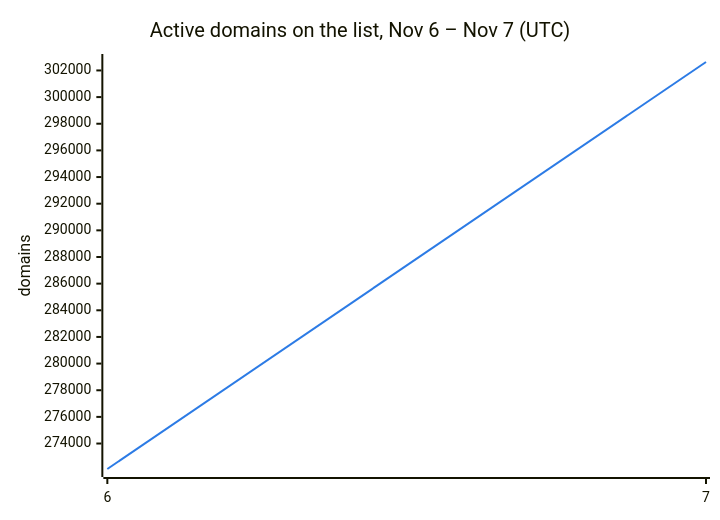
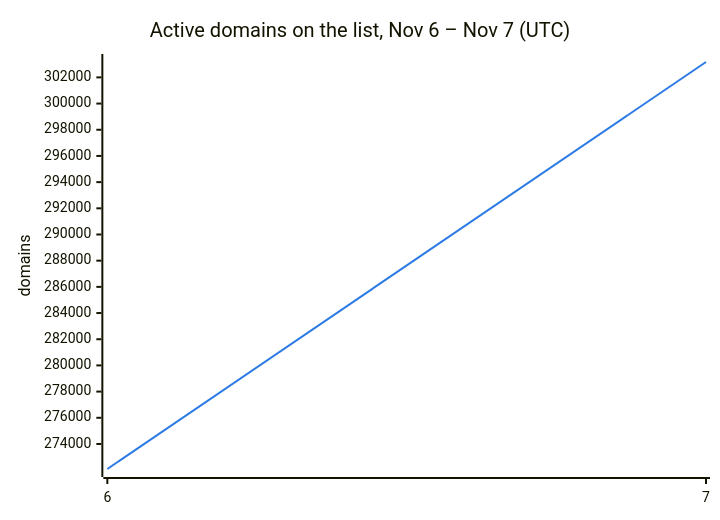
Before and after one commit to DNSBunker/CTI: the second of 3 diagrams in README.md, drawn with Mermaid. The commit also changed other lines of this file and 3 other files, not shown here.

````diff
--- a/README.md
+++ b/README.md
@@ -38,8 +38,8 @@
 ```mermaid
 %%{init: {"themeVariables": {"xyChart": {"plotColorPalette": "#2c7be5"}}}}%%
 xychart-beta
     title "Active domains on the list, Nov 6 – Nov 7 (UTC)"
     x-axis ["6", "7"]
     y-axis "domains"
-    line [272088, 302635]
+    line [272088, 303175]
 ```
````
